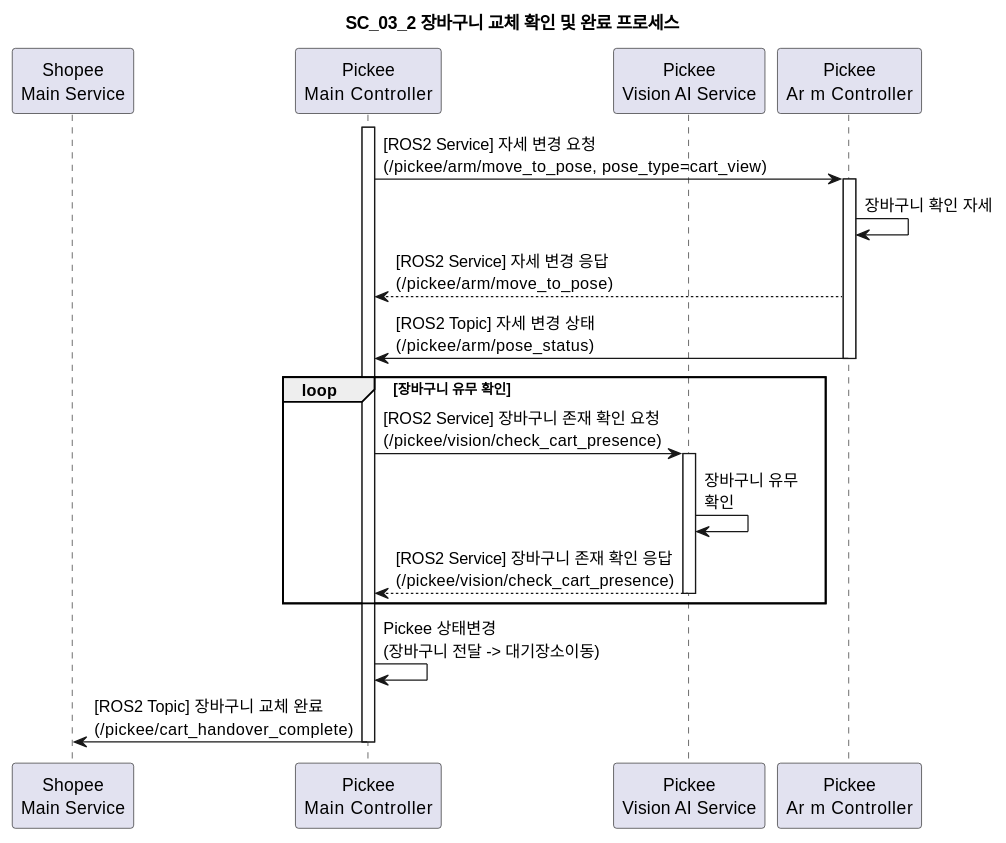
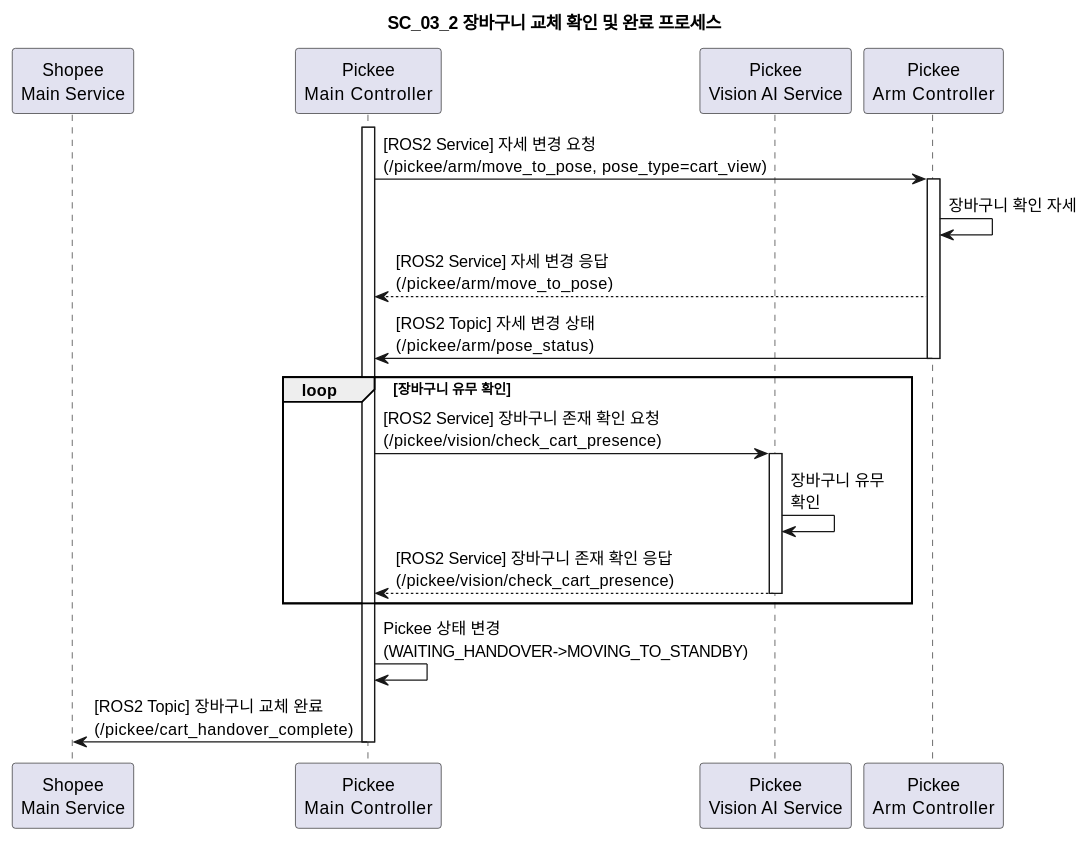
Before and after one commit to addinedu-roscamp-7th/roscamp-repo-1: the diagram in docs/SequenceDiagram/SC_03_2.md, drawn with PlantUML. The commit also changed 18 other files, not shown here.

```diff
--- a/docs/SequenceDiagram/SC_03_2.md
+++ b/docs/SequenceDiagram/SC_03_2.md
@@ -1,37 +1,38 @@
 @startuml
 title SC_03_2 장바구니 교체 확인 및 완료 프로세스
 
-participant "Shopee\nMain Service" as Shopee
-participant "Pickee\nMain Controller" as MainCtrl
-participant "Pickee\nVision AI Service" as Vision
-participant "Pickee\nAr m Controller" as ArmCtrl
+participant "Shopee\nMain Service" as main
+participant "Pickee\nMain Controller" as pickee_main
+participant "Pickee\nVision AI Service" as pickee_vision
+participant "Pickee\nArm Controller" as pickee_arm
 
-activate MainCtrl
+activate pickee_main
 
-MainCtrl -> ArmCtrl: [ROS2 Service] 자세 변경 요청\n(/pickee/arm/move_to_pose, pose_type=cart_view)
-activate ArmCtrl
+pickee_main -> pickee_arm: [ROS2 Service] 자세 변경 요청\n(/pickee/arm/move_to_pose, pose_type=cart_view)
+activate pickee_arm
 
-ArmCtrl -> ArmCtrl: 장바구니 확인 자세
+pickee_arm -> pickee_arm: 장바구니 확인 자세
 
-ArmCtrl --> MainCtrl: [ROS2 Service] 자세 변경 응답\n(/pickee/arm/move_to_pose)
+pickee_arm --> pickee_main: [ROS2 Service] 자세 변경 응답\n(/pickee/arm/move_to_pose)
 
-ArmCtrl -> MainCtrl: [ROS2 Topic] 자세 변경 상태\n(/pickee/arm/pose_status)
-deactivate ArmCtrl
+pickee_arm -> pickee_main: [ROS2 Topic] 자세 변경 상태\n(/pickee/arm/pose_status)
+deactivate pickee_arm
 
 loop 장바구니 유무 확인
-    MainCtrl -> Vision: [ROS2 Service] 장바구니 존재 확인 요청\n(/pickee/vision/check_cart_presence)
-    activate Vision
-    
-    Vision -> Vision: 장바구니 유무\n확인
-    
-    Vision --> MainCtrl: [ROS2 Service] 장바구니 존재 확인 응답\n(/pickee/vision/check_cart_presence)
-    deactivate Vision
+    pickee_main -> pickee_vision: [ROS2 Service] 장바구니 존재 확인 요청\n(/pickee/vision/check_cart_presence)
+    activate pickee_vision
+
+    pickee_vision -> pickee_vision: 장바구니 유무\n확인
+
+    pickee_vision --> pickee_main: [ROS2 Service] 장바구니 존재 확인 응답\n(/pickee/vision/check_cart_presence)
+    deactivate pickee_vision
 end
 
-MainCtrl -> MainCtrl: Pickee 상태변경\n(장바구니 전달 -> 대기장소이동)
+pickee_main -> pickee_main: Pickee 상태 변경\n(WAITING_HANDOVER->MOVING_TO_STANDBY)
 
-MainCtrl -> Shopee: [ROS2 Topic] 장바구니 교체 완료\n(/pickee/cart_handover_complete)
+pickee_main -> main: [ROS2 Topic] 장바구니 교체 완료\n(/pickee/cart_handover_complete)
 
-deactivate MainCtrl
+
+deactivate pickee_main
 
 @enduml
```
